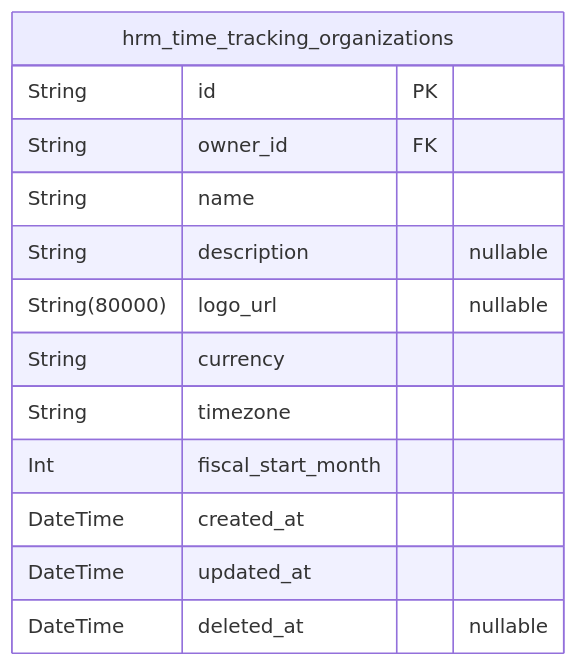
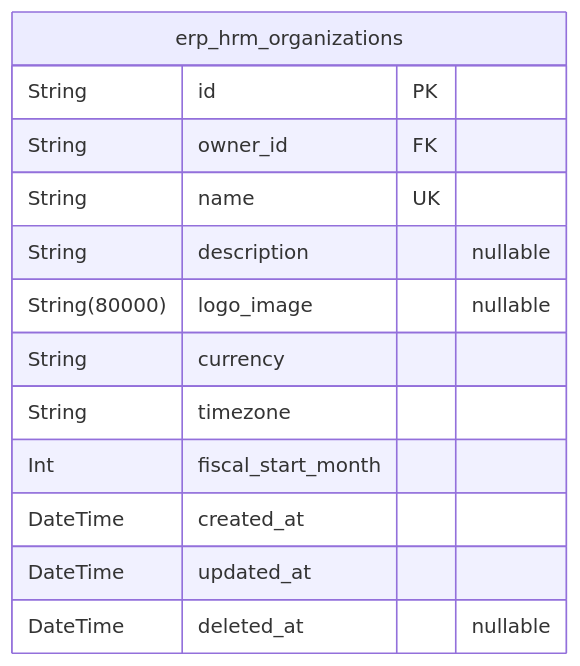
The second of 10 diagrams in z-ai/glm-5/erp/docs/ERD.md (wrtnlabs/autobe-examples), drawn with Mermaid before and after one commit. The commit also changed other lines of this file and 3761 other files, not shown here.

````diff
--- a/z-ai/glm-5/erp/docs/ERD.md
+++ b/z-ai/glm-5/erp/docs/ERD.md
@@ -245,16 +242,16 @@
 ```mermaid
 erDiagram
-"hrm_time_tracking_organizations" {
+"erp_hrm_organizations" {
   String id PK
   String owner_id FK
-  String name
+  String name UK
   String description "nullable"
-  String(80000) logo_url "nullable"
+  String(80000) logo_image "nullable"
   String currency
   String timezone
   Int fiscal_start_month
   DateTime created_at
   DateTime updated_at
   DateTime deleted_at "nullable"
 }
 ```
````
